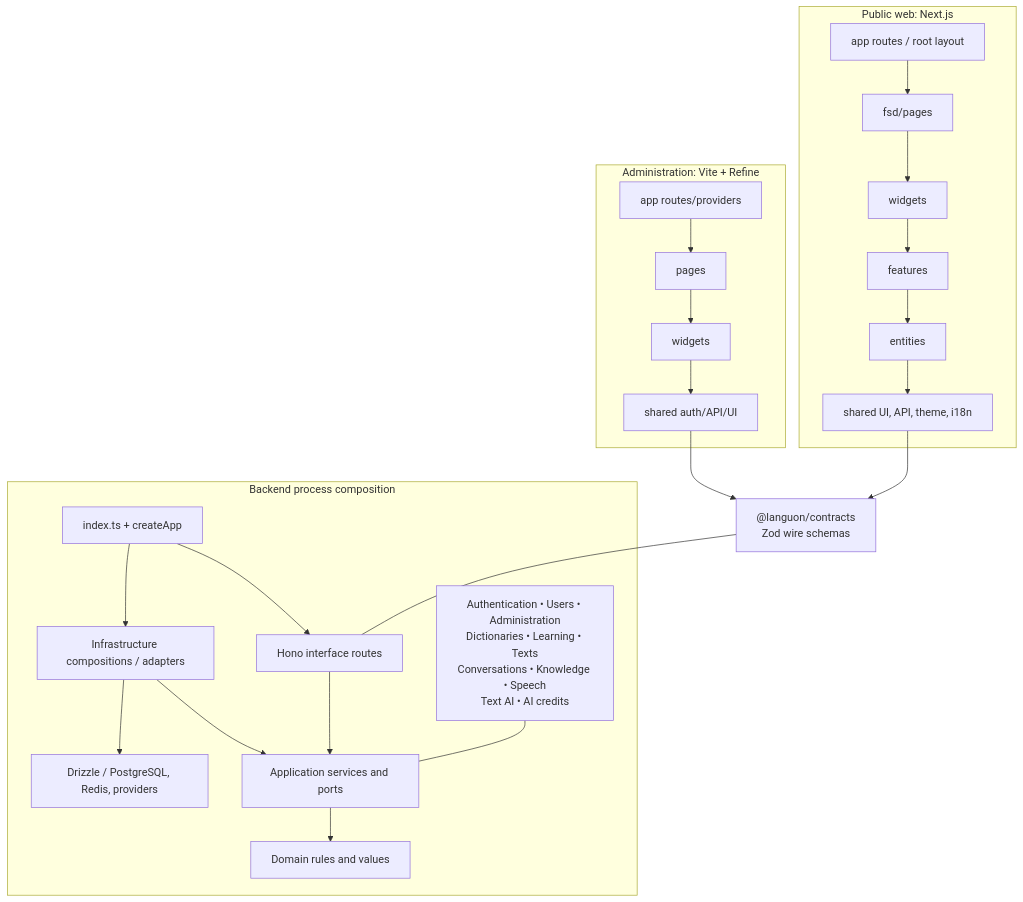
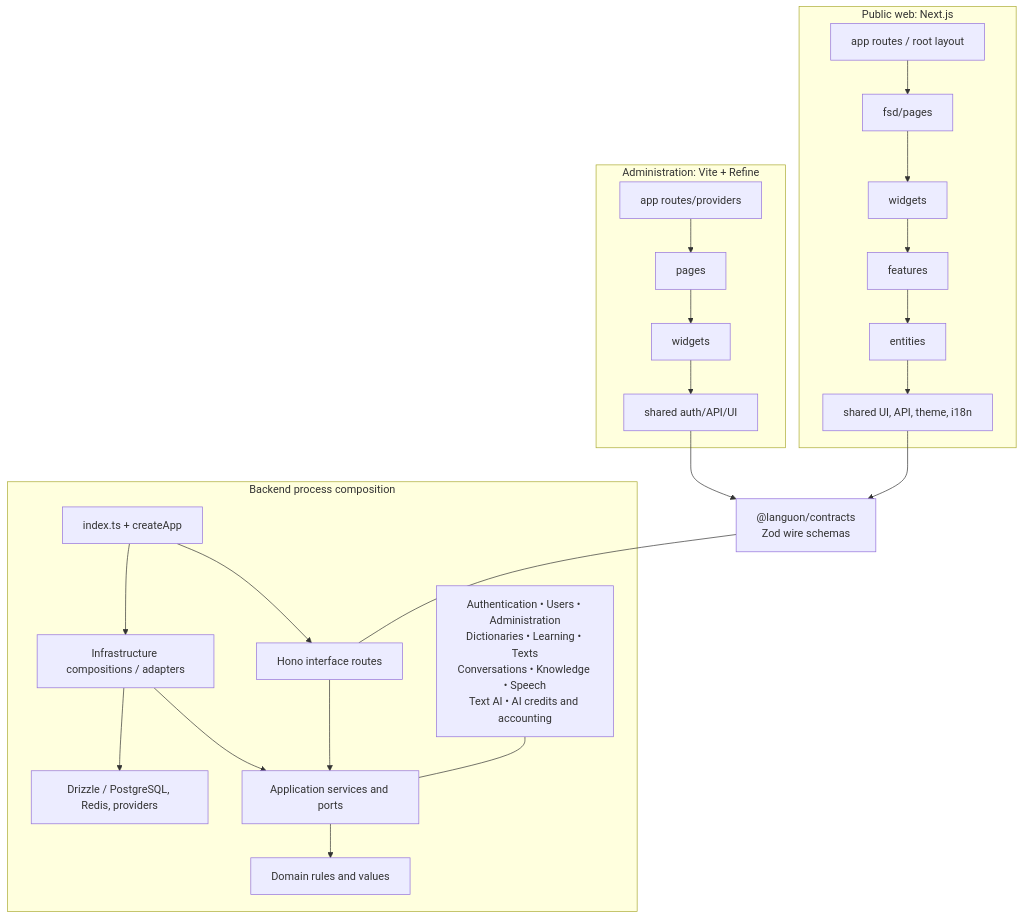
Before and after one commit to nickotov/languon-platform: the diagram in docs/diagrams/module-boundaries.md, drawn with Mermaid. The commit also changed other lines of this file and 557 other files, not shown here.

````diff
--- a/docs/diagrams/module-boundaries.md
+++ b/docs/diagrams/module-boundaries.md
@@ -27,24 +35,24 @@
 ```mermaid
 flowchart TB
     subgraph Web["Public web: Next.js"]
         Routes["app routes / root layout"] --> Pages["fsd/pages"] --> Widgets["widgets"] --> Features["features"] --> Entities["entities"] --> Shared["shared UI, API, theme, i18n"]
     end
     subgraph Admin["Administration: Vite + Refine"]
         AdminApp["app routes/providers"] --> AdminPages["pages"] --> AdminWidgets["widgets"] --> AdminShared["shared auth/API/UI"]
     end
     Shared --> Contracts["@languon/contracts
 Zod wire schemas"]
     AdminShared --> Contracts
     subgraph Backend["Backend process composition"]
         Root["index.ts + createApp"] --> HTTP["Hono interface routes"]
         Root --> Infra["Infrastructure compositions / adapters"]
         HTTP --> App["Application services and ports"] --> Domain["Domain rules and values"]
         Infra --> App
         Infra --> DB["Drizzle / PostgreSQL, Redis, providers"]
         Modules["Authentication • Users • Administration
 Dictionaries • Learning • Texts
 Conversations • Knowledge • Speech
-Text AI • AI credits"] --- App
+Text AI • AI credits and accounting"] --- App
     end
     Contracts --- HTTP
 ```
````
